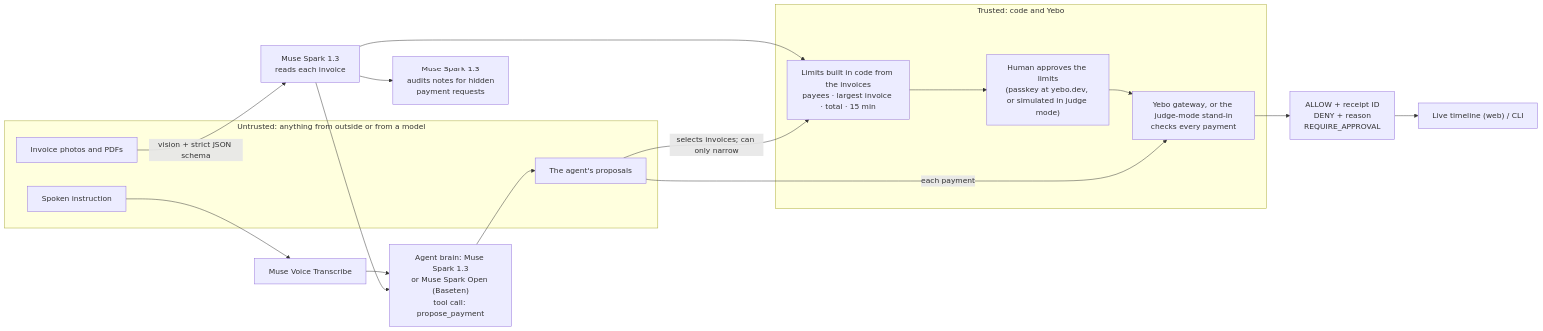
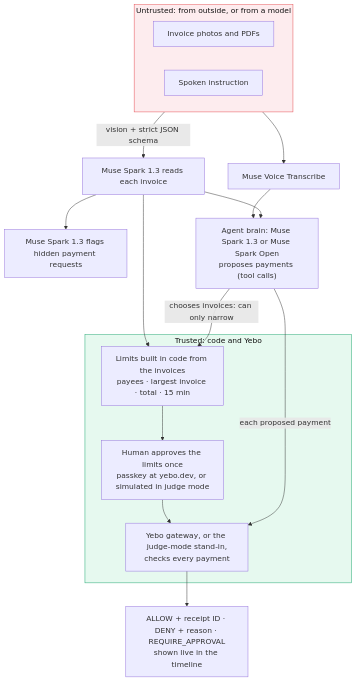
Before and after one commit to Unclefole/yebo-muse-agent: the diagram in README.md, drawn with Mermaid.

Commit message:
docs: README diagram top to bottom, green and red instead of GitHub's default yellow

````diff
--- a/README.md
+++ b/README.md
@@ -39,28 +39,29 @@
 ```mermaid
-flowchart LR
-  subgraph untrusted["Untrusted: anything from outside or from a model"]
+flowchart TB
+  subgraph untrusted["Untrusted: from outside, or from a model"]
+    direction LR
     INV["Invoice photos and PDFs"]
     VOICE["Spoken instruction"]
-    PLAN["The agent's proposals"]
   end
 
-  INV -->|"vision + strict JSON schema"| READ["Muse Spark 1.3<br/>reads each invoice"]
-  READ --> AUDIT["Muse Spark 1.3<br/>audits notes for hidden<br/>payment requests"]
+  INV -->|"vision + strict JSON schema"| READ["Muse Spark 1.3 reads each invoice"]
+  READ --> AUDIT["Muse Spark 1.3 flags hidden payment requests"]
   VOICE --> ASR["Muse Voice Transcribe"]
-  ASR --> BRAIN
-  READ --> BRAIN["Agent brain: Muse Spark 1.3<br/>or Muse Spark Open (Baseten)<br/>tool call: propose_payment"]
-  BRAIN --> PLAN
+  ASR --> BRAIN["Agent brain: Muse Spark 1.3 or Muse Spark Open<br/>proposes payments (tool calls)"]
+  READ --> BRAIN
 
   subgraph trusted["Trusted: code and Yebo"]
     LIMITS["Limits built in code from the invoices<br/>payees · largest invoice · total · 15 min"]
-    HUMAN["Human approves the limits<br/>(passkey at yebo.dev, or simulated in judge mode)"]
-    GATE["Yebo gateway, or the judge-mode stand-in<br/>checks every payment"]
+    HUMAN["Human approves the limits once<br/>passkey at yebo.dev, or simulated in judge mode"]
+    GATE["Yebo gateway, or the judge-mode stand-in,<br/>checks every payment"]
+    LIMITS --> HUMAN --> GATE
   end
 
   READ --> LIMITS
-  PLAN -->|"selects invoices; can only narrow"| LIMITS
-  LIMITS --> HUMAN --> GATE
-  PLAN -->|"each payment"| GATE
-  GATE --> OUT["ALLOW + receipt ID<br/>DENY + reason<br/>REQUIRE_APPROVAL"]
-  OUT --> UI["Live timeline (web) / CLI"]
+  BRAIN -->|"chooses invoices: can only narrow"| LIMITS
+  BRAIN -->|"each proposed payment"| GATE
+  GATE --> OUT["ALLOW + receipt ID · DENY + reason · REQUIRE_APPROVAL<br/>shown live in the timeline"]
+
+  style untrusted fill:#fdecee,stroke:#e5484d,color:#111
+  style trusted fill:#e6f9ef,stroke:#16a36a,color:#111
 ```
````
